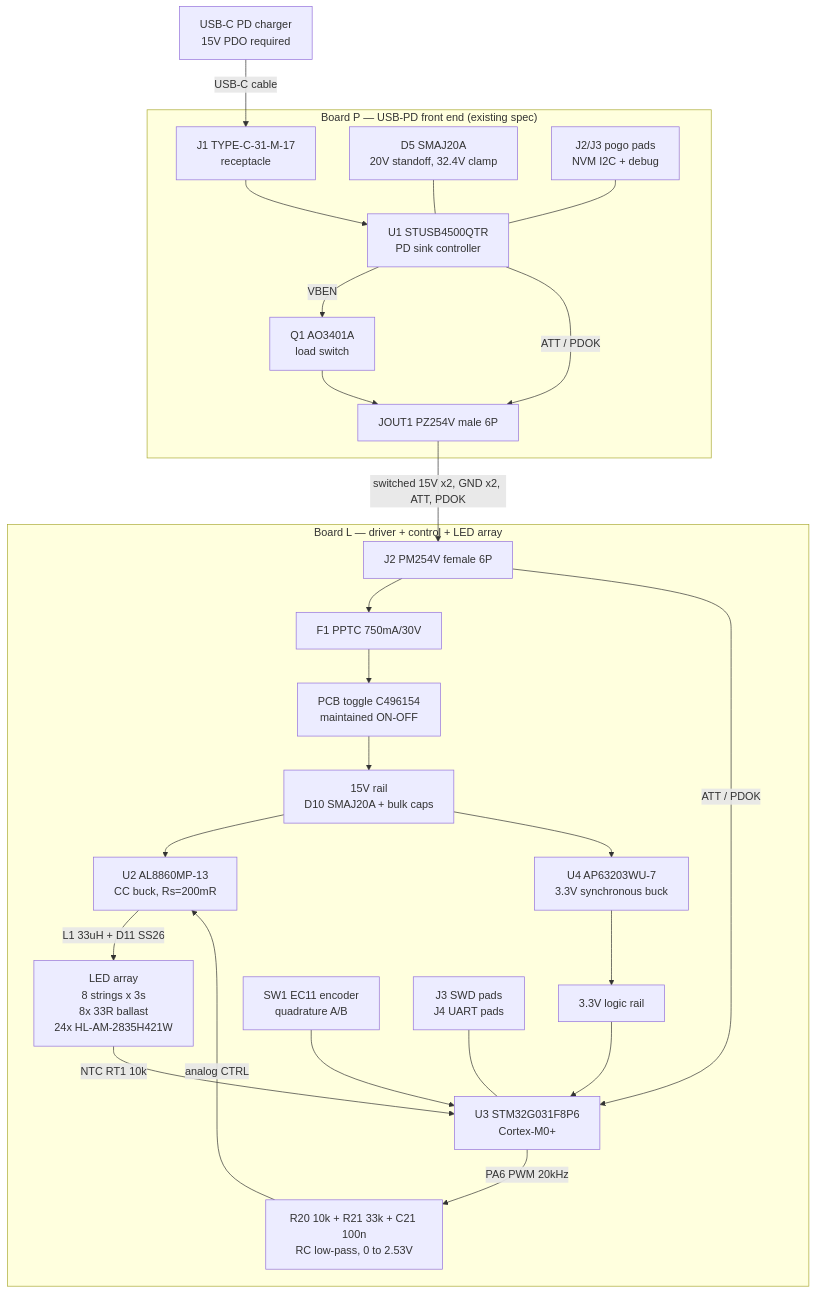
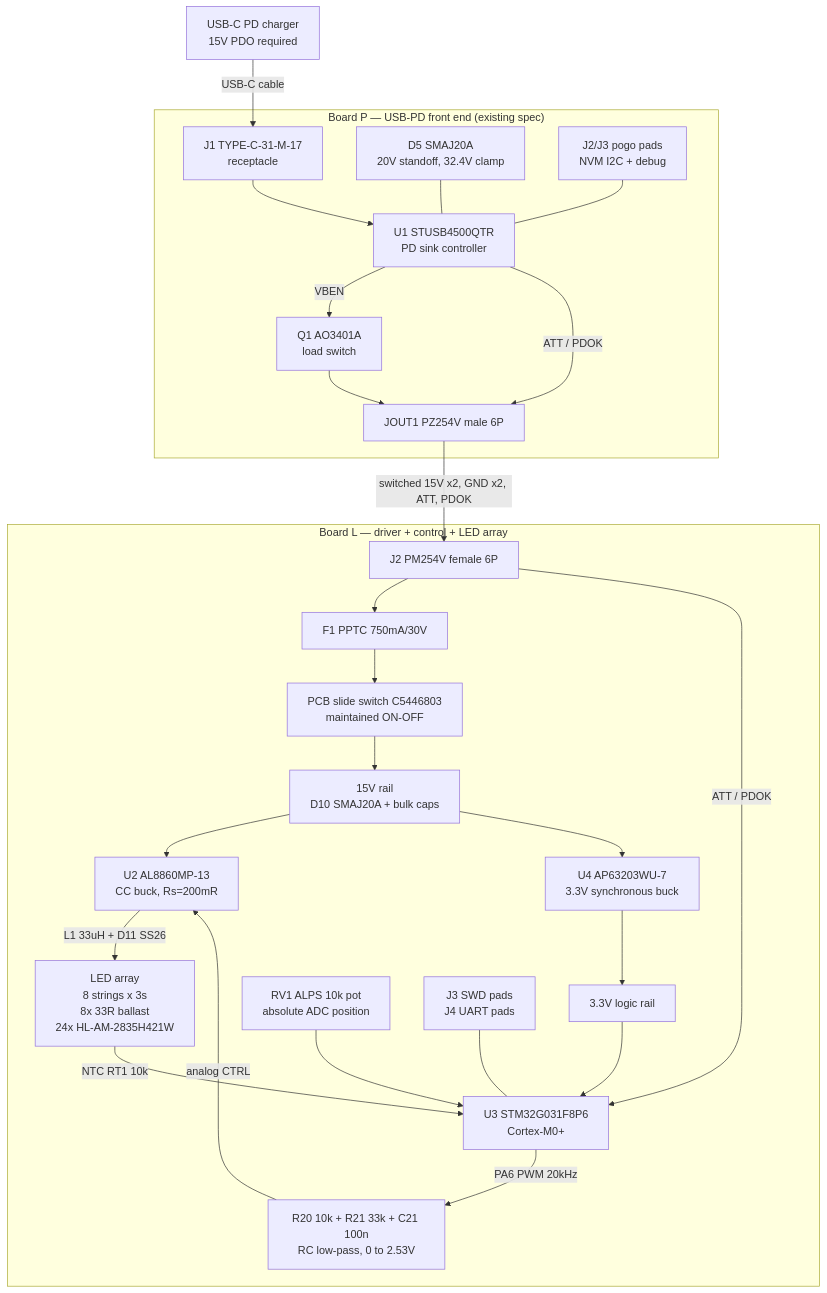
The diagram in doc/src/content/docs/architecture/overview.mdx (Takazudo/zudo-led-lamp), drawn with Mermaid before and after one commit. The commit also changed other lines of this file and 133 other files, not shown here.

````diff
--- a/doc/src/content/docs/architecture/overview.mdx
+++ b/doc/src/content/docs/architecture/overview.mdx
@@ -41,50 +41,50 @@
 ```mermaid
 flowchart TD;
   CHG["USB-C PD charger\n15V PDO required"];
 
   subgraph BP["Board P — USB-PD front end (existing spec)"];
     J1["J1 TYPE-C-31-M-17\nreceptacle"];
     U1["U1 STUSB4500QTR\nPD sink controller"];
     Q1["Q1 AO3401A\nload switch"];
     D5["D5 SMAJ20A\n20V standoff, 32.4V clamp"];
     J2P["J2/J3 pogo pads\nNVM I2C + debug"];
     JOUT1["JOUT1 PZ254V male 6P"];
     J1 --> U1;
     U1 -->|"VBEN"| Q1;
     D5 --- U1;
     J2P --- U1;
     Q1 --> JOUT1;
     U1 -->|"ATT / PDOK"| JOUT1;
   end;
 
   subgraph BL["Board L — driver + control + LED array"];
     J2L["J2 PM254V female 6P"];
     F1["F1 PPTC 750mA/30V"];
     V15["15V rail\nD10 SMAJ20A + bulk caps"];
     U2["U2 AL8860MP-13\nCC buck, Rs=200mR"];
     ARR["LED array\n8 strings x 3s\n8x 33R ballast\n24x HL-AM-2835H421W"];
     U4["U4 AP63203WU-7\n3.3V synchronous buck"];
     V33["3.3V logic rail"];
     U3["U3 STM32G031F8P6\nCortex-M0+"];
-    SW1["SW1 EC11 encoder\nquadrature A/B"];
+    RV1["RV1 ALPS 10k pot\nabsolute ADC position"];
     RC["R20 10k + R21 33k + C21 100n\nRC low-pass, 0 to 2.53V"];
     J3L["J3 SWD pads\nJ4 UART pads"];
     J2L --> F1;
-    F1 --> SW2["PCB toggle C496154\nmaintained ON-OFF"];
+    F1 --> SW2["PCB slide switch C5446803\nmaintained ON-OFF"];
     SW2 --> V15;
     V15 --> U2;
     U2 -->|"L1 33uH + D11 SS26"| ARR;
     ARR -->|"NTC RT1 10k"| U3;
     V15 --> U4;
     U4 --> V33;
     V33 --> U3;
-    SW1 --> U3;
+    RV1 --> U3;
     U3 -->|"PA6 PWM 20kHz"| RC;
     RC -->|"analog CTRL"| U2;
     J3L --- U3;
     J2L -->|"ATT / PDOK"| U3;
   end;
 
   CHG -->|"USB-C cable"| J1;
   JOUT1 -->|"switched 15V x2, GND x2, ATT, PDOK"| J2L;
 ```
````
